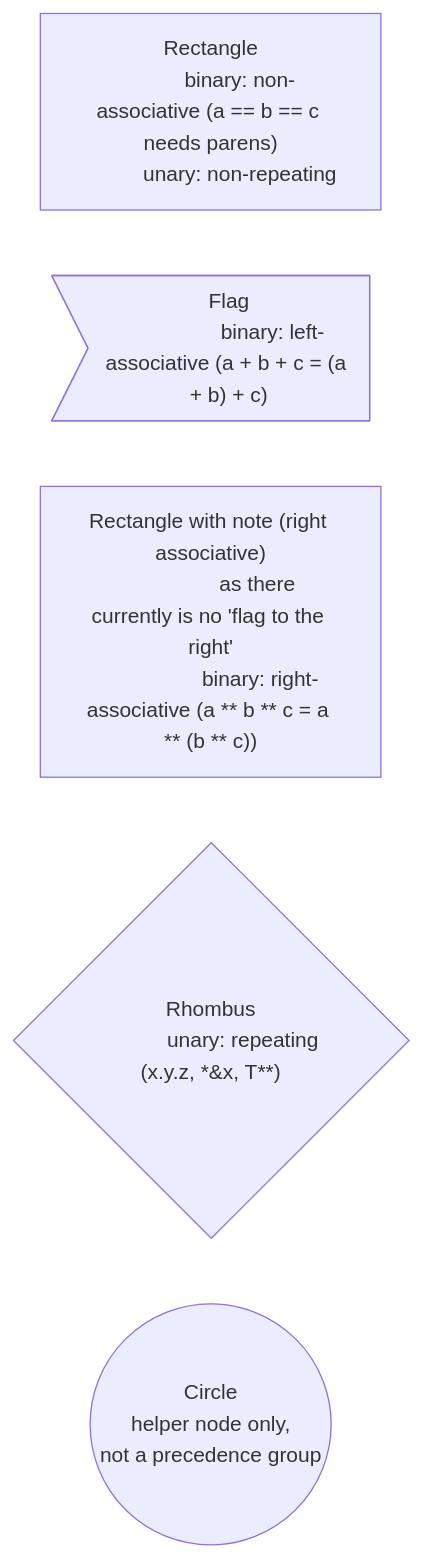
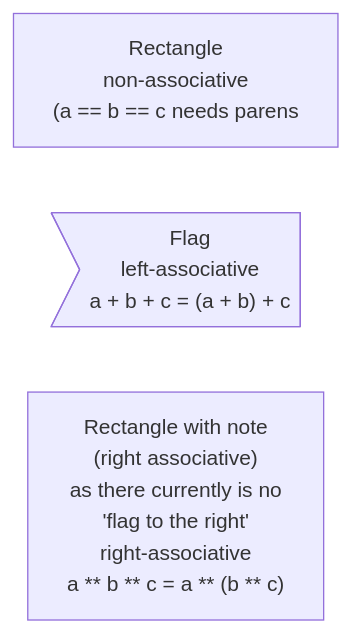
One commit to laro/Cilia changed the second of 4 diagrams in 6 .../2 Unfinished Ideas.md. Above: the diagram before and after it, drawn with Mermaid. The commit also changed other lines of this file, not shown here.

Commit message:
Update 2 Unfinished Ideas.md

````diff
--- a/6 .../2 Unfinished Ideas.md
+++ b/6 .../2 Unfinished Ideas.md
@@ -366,21 +363,9 @@
 ```mermaid
 %%{init: {'themeVariables': {'fontFamily': 'monospace'}}}%%
 graph LR
-    rect["Rectangle
-          binary: non-associative (a == b == c needs parens)
-          unary: non-repeating"]
+    rect["Rectangle<br/>non-associative<br/>(a == b == c needs parens"]
 
-    flagToLeft>"Flag
-               binary: left-associative (a + b + c = (a + b) + c)"]
+    flagToLeft>"Flag<br/>left-associative<br/>a + b + c = (a + b) + c"]
 
-    flagToRight["Rectangle with note (right associative)
-                 as there currently is no 'flag to the right'
-                 binary: right-associative (a ** b ** c = a ** (b ** c))"]
-
-    rhombus{"Rhombus
-            unary: repeating (x.y.z, *&x, T**)"}
-
-    circle(("Circle
-            helper node only,
-            not a precedence group"))
+    flagToRight["Rectangle with note<br/>(right associative)<br/>as there currently is no<br/>'flag to the right'<br/>right-associative<br/>a ** b ** c = a ** (b ** c)"]
 ```
````
